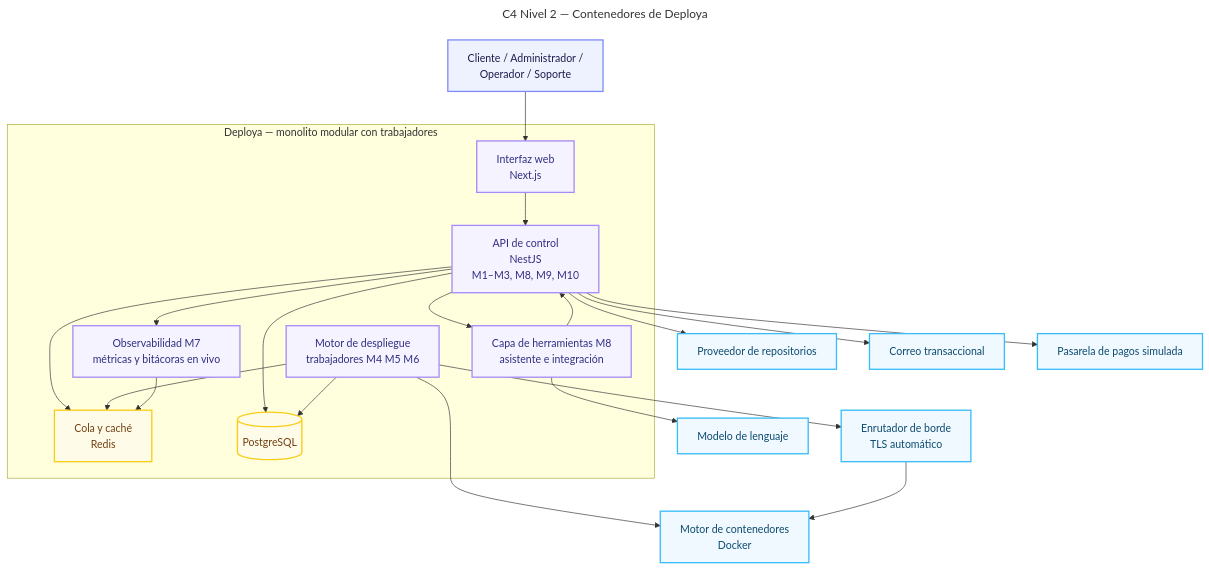
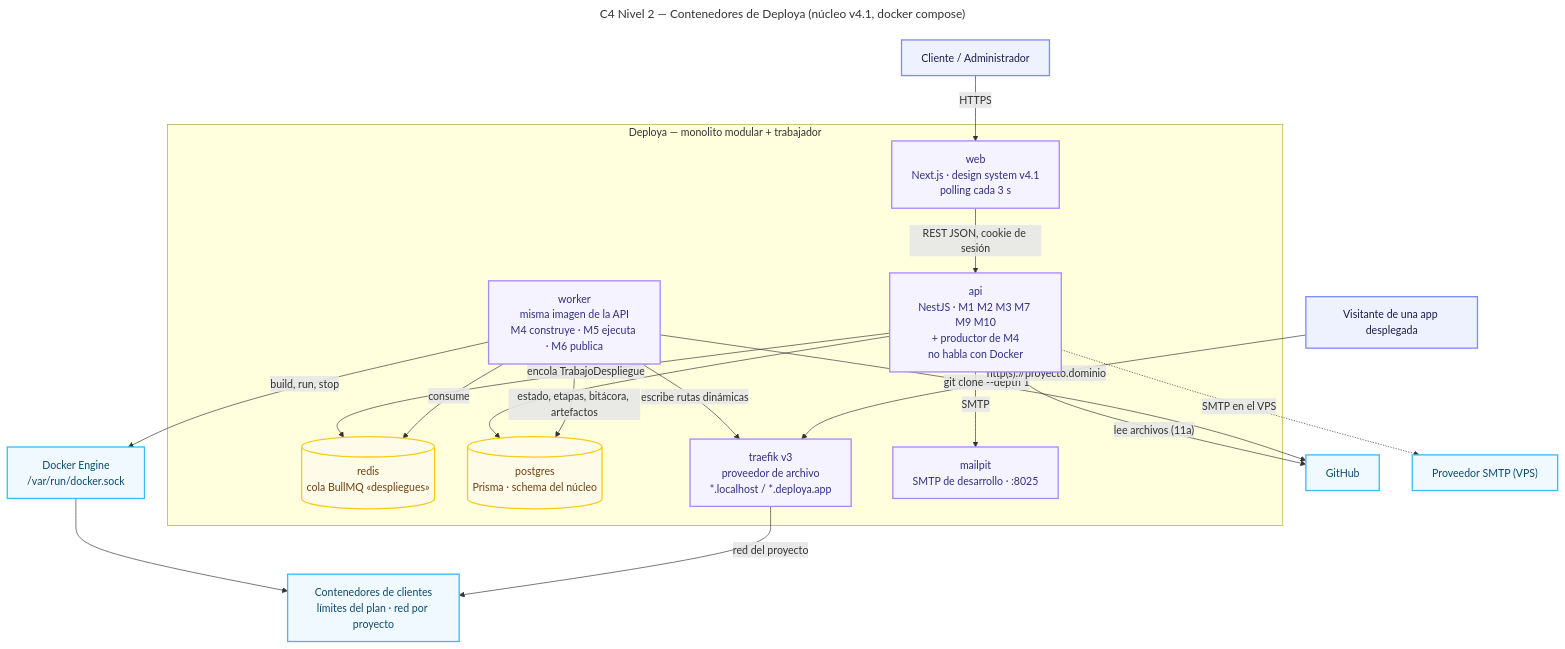
Before and after one commit to derekCmorales/deploya: the second of 2 diagrams in docs/arquitectura.md, drawn with Mermaid. The commit also changed other lines of this file and 24 other files, not shown here.

First line of the commit message:
docs(m4): diseño firmado del motor, contratos y diagramas al núcleo v4.1

````diff
--- a/docs/arquitectura.md
+++ b/docs/arquitectura.md
@@ -88,51 +81,48 @@
 ```mermaid
 ---
-title: C4 Nivel 2 — Contenedores de Deploya
+title: C4 Nivel 2 — Contenedores de Deploya (núcleo v4.1, docker compose)
 ---
 flowchart TB
-    CLIENTE["Cliente / Administrador /<br/>Operador / Soporte"]
+    CLIENTE["Cliente / Administrador"]
+    VISITANTE["Visitante de una app desplegada"]
 
-    subgraph DEPLOYA["Deploya — monolito modular con trabajadores"]
-        WEB["Interfaz web<br/>Next.js"]
-        API["API de control<br/>NestJS<br/>M1–M3, M8, M9, M10"]
-        MOTOR["Motor de despliegue<br/>trabajadores M4 M5 M6"]
-        HERR["Capa de herramientas M8<br/>asistente e integración"]
-        OBS["Observabilidad M7<br/>métricas y bitácoras en vivo"]
-        COLA["Cola y caché<br/>Redis"]
-        BD[("PostgreSQL")]
+    subgraph DEPLOYA["Deploya — monolito modular + trabajador"]
+        WEB["web<br/>Next.js · design system v4.1<br/>polling cada 3 s"]
+        API["api<br/>NestJS · M1 M2 M3 M7 M9 M10<br/>+ productor de M4<br/>no habla con Docker"]
+        WORKER["worker<br/>misma imagen de la API<br/>M4 construye · M5 ejecuta · M6 publica"]
+        REDIS[("redis<br/>cola BullMQ «despliegues»")]
+        BD[("postgres<br/>Prisma · schema del núcleo")]
+        EDGE["traefik v3<br/>proveedor de archivo<br/>*.localhost / *.deploya.app"]
+        MAILPIT["mailpit<br/>SMTP de desarrollo · :8025"]
     end
 
-    NUBE["Motor de contenedores<br/>Docker"]
-    EDGE["Enrutador de borde<br/>TLS automático"]
-    GIT["Proveedor de repositorios"]
-    CORREO["Correo transaccional"]
-    PAGOS["Pasarela de pagos simulada"]
-    LLM["Modelo de lenguaje"]
+    DOCKER["Docker Engine<br/>/var/run/docker.sock"]
+    APPS["Contenedores de clientes<br/>límites del plan · red por proyecto"]
+    GIT["GitHub"]
+    SMTP["Proveedor SMTP (VPS)"]
 
-    CLIENTE --> WEB
-    WEB --> API
+    CLIENTE -->|HTTPS| WEB
+    WEB -->|"REST JSON, cookie de sesión"| API
     API --> BD
-    API --> COLA
-    API --> HERR
-    API --> OBS
-    MOTOR --> COLA
-    MOTOR --> BD
-    MOTOR --> NUBE
-    MOTOR --> EDGE
-    OBS --> COLA
-    HERR --> API
-    HERR --> LLM
-    API --> CORREO
-    API --> PAGOS
-    API --> GIT
-    EDGE --> NUBE
+    API -->|"encola TrabajoDespliegue"| REDIS
+    API -->|"lee archivos (11a)"| GIT
+    API -->|"SMTP"| MAILPIT
+    API -.->|"SMTP en el VPS"| SMTP
+    WORKER -->|"consume"| REDIS
+    WORKER -->|"estado, etapas, bitácora, artefactos"| BD
+    WORKER -->|"git clone --depth 1"| GIT
+    WORKER -->|"build, run, stop"| DOCKER
+    WORKER -->|"escribe rutas dinámicas"| EDGE
+    DOCKER --> APPS
+    VISITANTE -->|"http(s)://proyecto.dominio"| EDGE
+    EDGE -->|"red del proyecto"| APPS
 
     classDef persona fill:#eef2ff,stroke:#818cf8,stroke-width:2px,color:#1e1b4b
     classDef app fill:#f5f3ff,stroke:#a78bfa,stroke-width:2px,color:#312e81
     classDef data fill:#fefce8,stroke:#facc15,stroke-width:2px,color:#713f12
     classDef ext fill:#f0f9ff,stroke:#38bdf8,stroke-width:2px,color:#0c4a6e
-    class CLIENTE persona
-    class WEB,API,MOTOR,HERR,OBS app
-    class COLA,BD data
-    class NUBE,EDGE,GIT,CORREO,PAGOS,LLM ext
+    class CLIENTE,VISITANTE persona
+    class WEB,API,WORKER,EDGE,MAILPIT app
+    class REDIS,BD data
+    class DOCKER,APPS,GIT,SMTP ext
 ```
````
